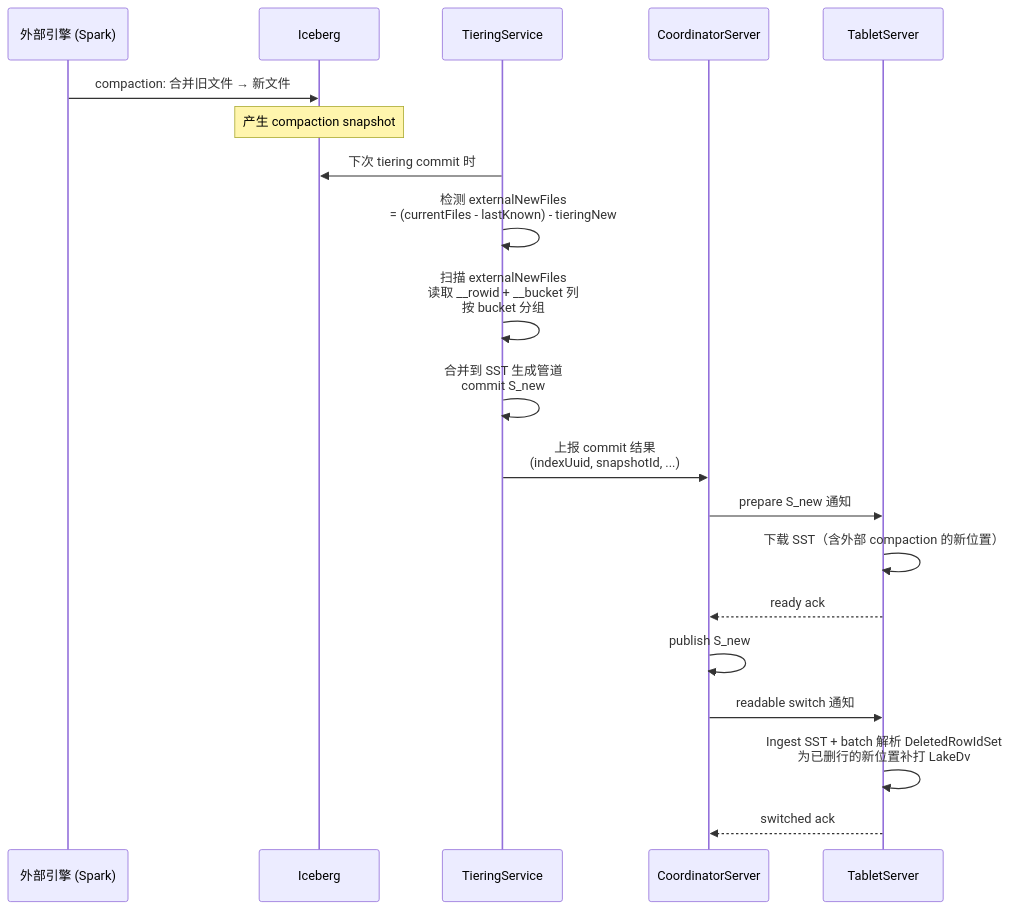
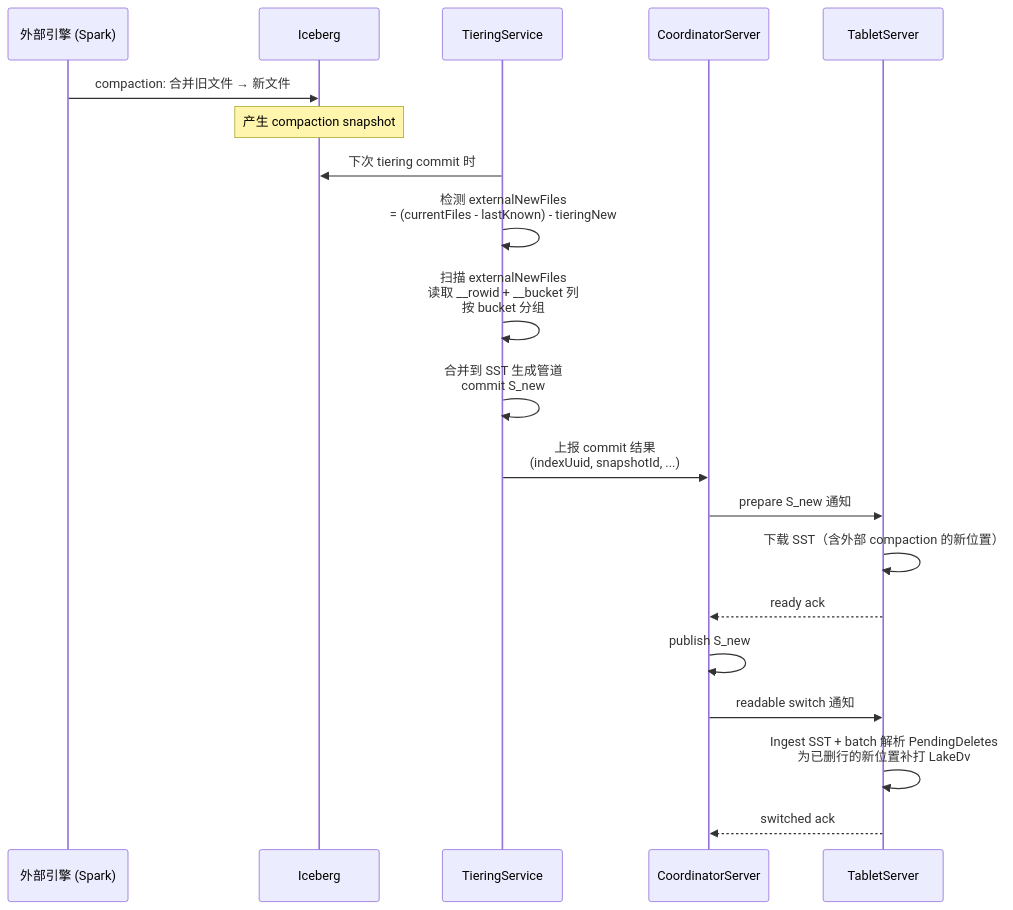
One commit to luoyuxia/fluss changed diagram 21 of 28 in design-doc/fluss-deletion-vector-overview-v2.md. Above: the diagram before and after it, drawn with Mermaid. The commit also changed other lines of this file and 1 other file, not shown here.

````diff
--- a/design-doc/fluss-deletion-vector-overview-v2.md
+++ b/design-doc/fluss-deletion-vector-overview-v2.md
@@ -560,29 +558,29 @@
 ```mermaid
 sequenceDiagram
     participant Ext as 外部引擎 (Spark)
     participant Ice as Iceberg
     participant TS as TieringService
     participant CS as CoordinatorServer
     participant Tab as TabletServer
 
     Ext->>Ice: compaction: 合并旧文件 → 新文件
     Note over Ice: 产生 compaction snapshot
 
     TS->>Ice: 下次 tiering commit 时
     TS->>TS: 检测 externalNewFiles<br/>= (currentFiles - lastKnown) - tieringNew
 
     TS->>TS: 扫描 externalNewFiles<br/>读取 __rowid + __bucket 列<br/>按 bucket 分组
 
     TS->>TS: 合并到 SST 生成管道<br/>commit S_new
 
     TS->>CS: 上报 commit 结果<br/>(indexUuid, snapshotId, ...)
 
     CS->>Tab: prepare S_new 通知
     Tab->>Tab: 下载 SST（含外部 compaction 的新位置）
     Tab-->>CS: ready ack
 
     CS->>CS: publish S_new
     CS->>Tab: readable switch 通知
-    Tab->>Tab: Ingest SST + batch 解析 DeletedRowIdSet<br/>为已删行的新位置补打 LakeDv
+    Tab->>Tab: Ingest SST + batch 解析 PendingDeletes<br/>为已删行的新位置补打 LakeDv
     Tab-->>CS: switched ack
 ```
````
